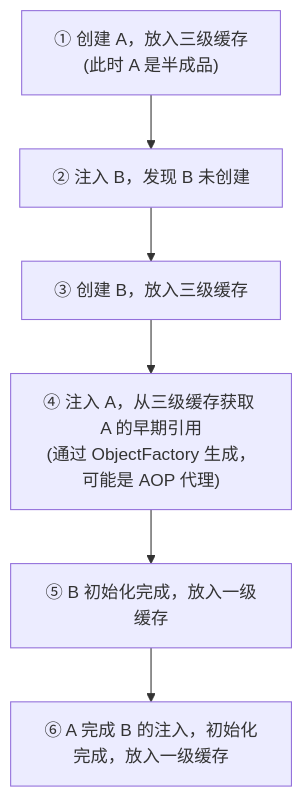
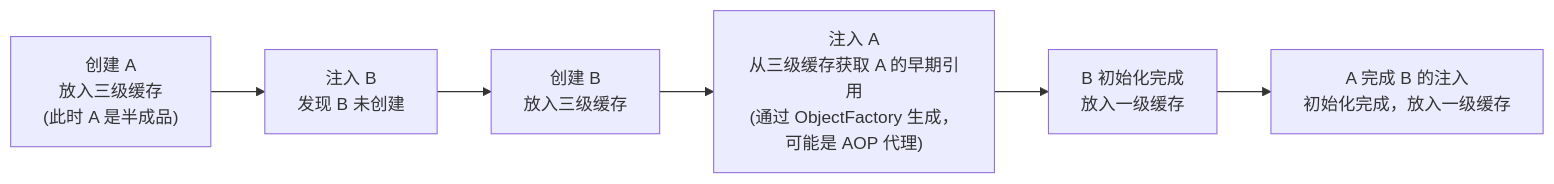
Before and after one commit to b1tzer/b1tzer.github.io: the second of 2 diagrams in docs/02-spring/01-核心基础/02-Bean生命周期与循环依赖.md, drawn with Mermaid. The commit also changed other lines of this file and 1 other file, not shown here.

````diff
--- a/docs/02-spring/01-核心基础/02-Bean生命周期与循环依赖.md
+++ b/docs/02-spring/01-核心基础/02-Bean生命周期与循环依赖.md
@@ -476,8 +490,8 @@
 ```mermaid
-flowchart TD
-    A1["① 创建 A，放入三级缓存<br>(此时 A 是半成品)"] --> A2["② 注入 B，发现 B 未创建"]
-    A2 --> B1["③ 创建 B，放入三级缓存"]
-    B1 --> B2["④ 注入 A，从三级缓存获取 A 的早期引用<br>(通过 ObjectFactory 生成，可能是 AOP 代理)"]
-    B2 --> B3["⑤ B 初始化完成，放入一级缓存"]
-    B3 --> A3["⑥ A 完成 B 的注入，初始化完成，放入一级缓存"]
+flowchart LR
+    A1["创建 A<br>放入三级缓存<br>(此时 A 是半成品)"] --> A2["注入 B<br>发现 B 未创建"]
+    A2 --> B1["创建 B<br>放入三级缓存"]
+    B1 --> B2["注入 A<br>从三级缓存获取 A 的早期引用<br>(通过 ObjectFactory 生成，可能是 AOP 代理)"]
+    B2 --> B3["B 初始化完成<br>放入一级缓存"]
+    B3 --> A3["A 完成 B 的注入<br>初始化完成，放入一级缓存"]
 ```
````
